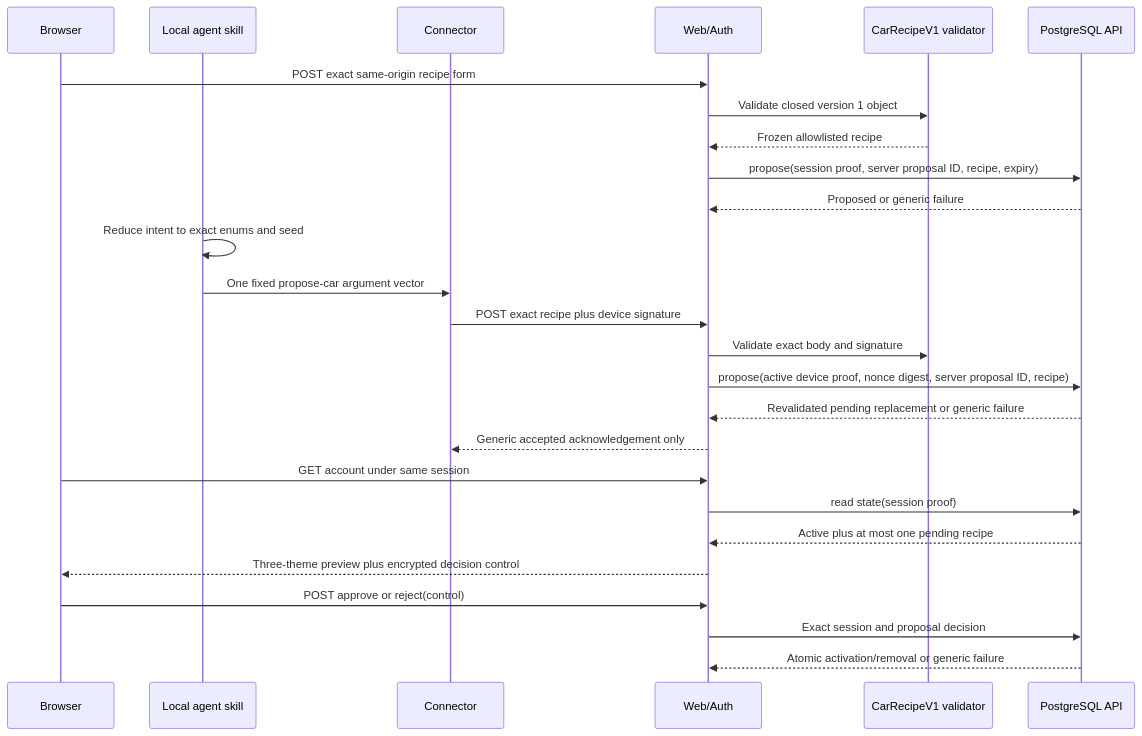
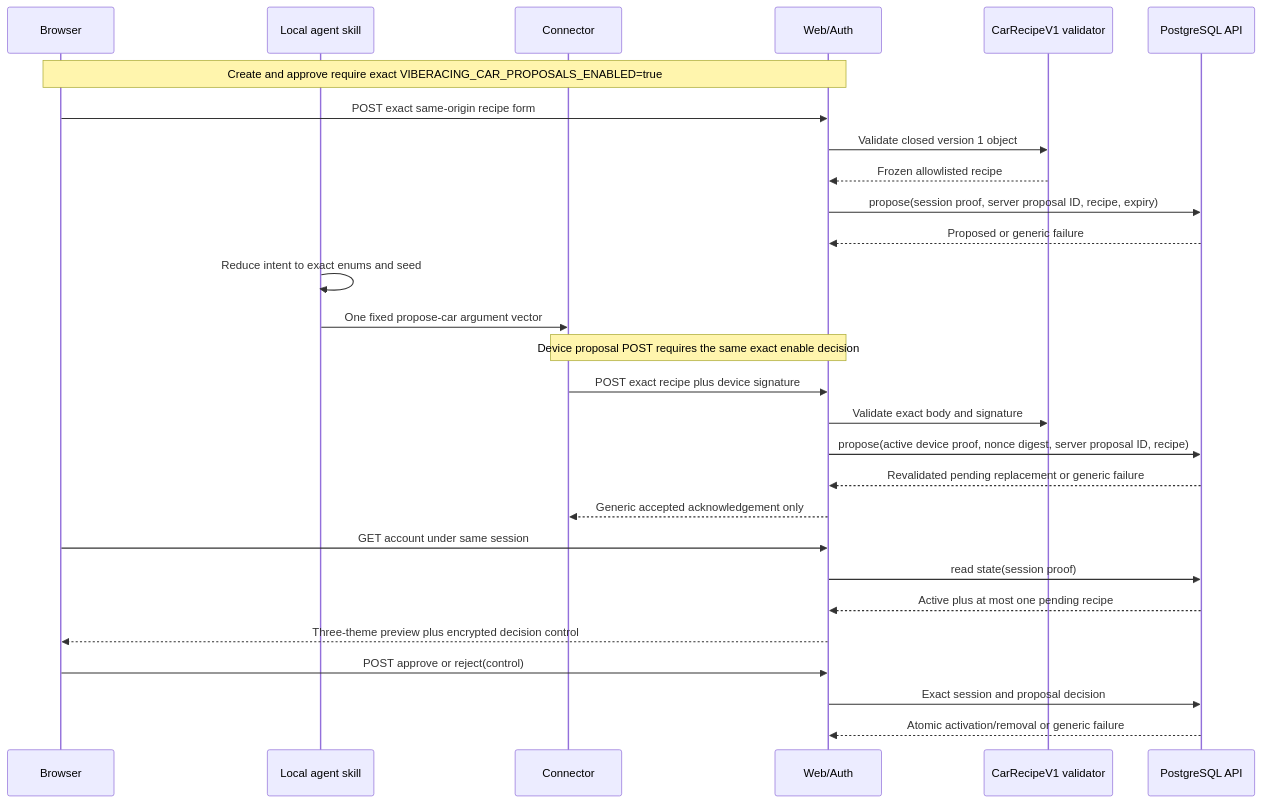
Before and after one commit to Tah10n/viberacing: the seventh of 10 diagrams in docs/architecture/DATA_FLOW.md, drawn with Mermaid. The commit also changed other lines of this file and 39 other files, not shown here.

Commit message:
feat: require explicit CarRecipe proposal enablement

````diff
--- a/docs/architecture/DATA_FLOW.md
+++ b/docs/architecture/DATA_FLOW.md
@@ -619,29 +621,31 @@
 ```mermaid
 sequenceDiagram
   participant Browser
   participant Agent as Local agent skill
   participant Connector
   participant Web as Web/Auth
   participant Validator as CarRecipeV1 validator
   participant DB as PostgreSQL API
 
+  Note over Browser,Web: Create and approve require exact VIBERACING_CAR_PROPOSALS_ENABLED=true
   Browser->>Web: POST exact same-origin recipe form
   Web->>Validator: Validate closed version 1 object
   Validator-->>Web: Frozen allowlisted recipe
   Web->>DB: propose(session proof, server proposal ID, recipe, expiry)
   DB-->>Web: Proposed or generic failure
   Agent->>Agent: Reduce intent to exact enums and seed
   Agent->>Connector: One fixed propose-car argument vector
+  Note over Connector,Web: Device proposal POST requires the same exact enable decision
   Connector->>Web: POST exact recipe plus device signature
   Web->>Validator: Validate exact body and signature
   Web->>DB: propose(active device proof, nonce digest, server proposal ID, recipe)
   DB-->>Web: Revalidated pending replacement or generic failure
   Web-->>Connector: Generic accepted acknowledgement only
   Browser->>Web: GET account under same session
   Web->>DB: read state(session proof)
   DB-->>Web: Active plus at most one pending recipe
   Web-->>Browser: Three-theme preview plus encrypted decision control
   Browser->>Web: POST approve or reject(control)
   Web->>DB: Exact session and proposal decision
   DB-->>Web: Atomic activation/removal or generic failure
 ```
````
